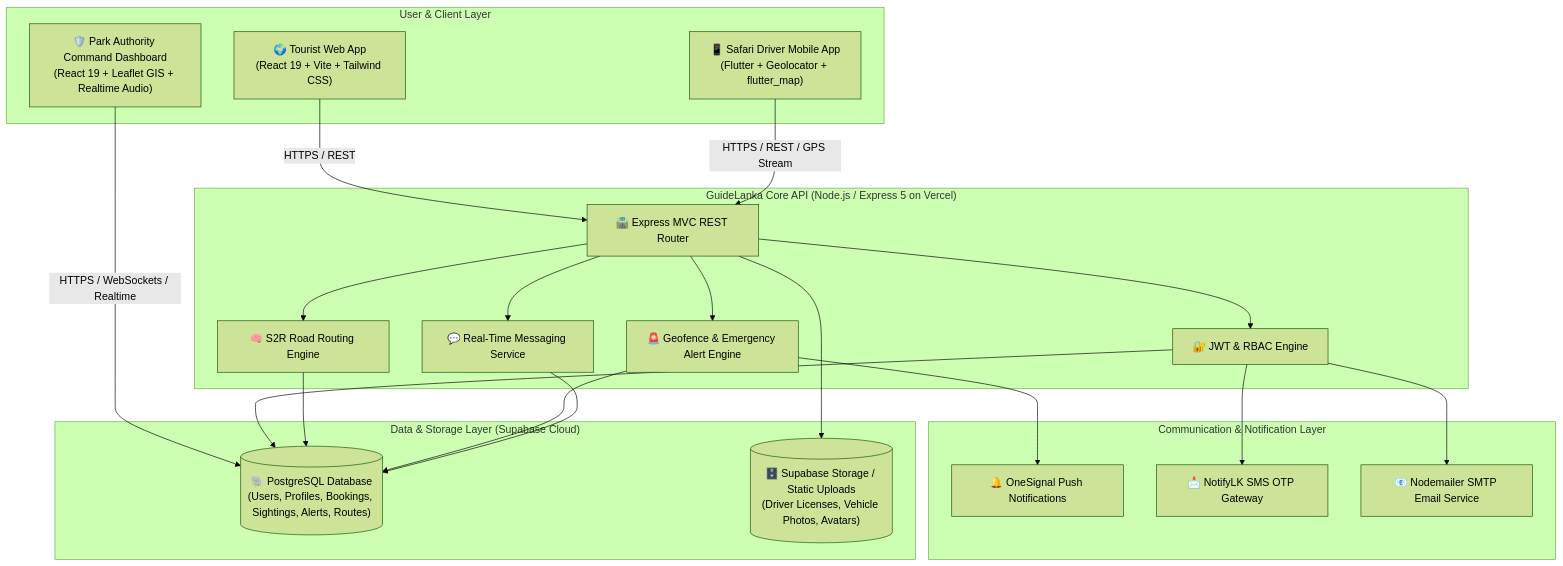
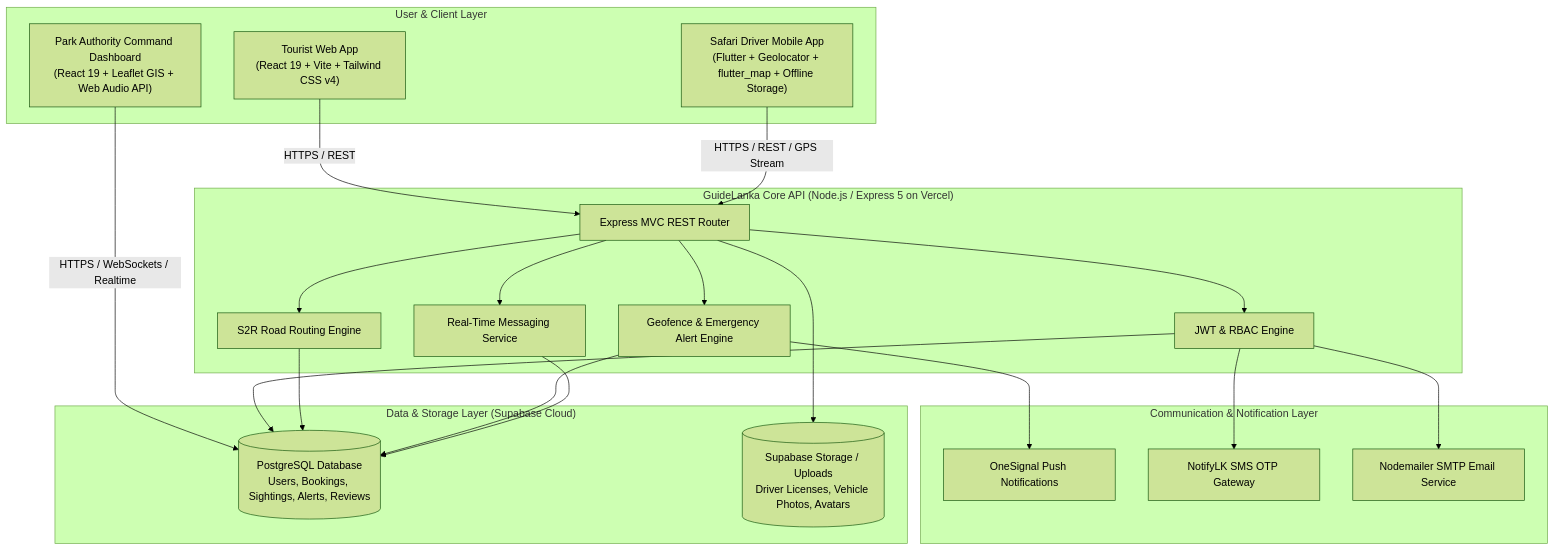
One commit to umindudinal/GuideLanka-New changed the diagram in README.md. Above: the diagram before and after it, drawn with Mermaid (forest theme). The commit also changed other lines of this file, not shown here.

Commit message:
docs: update README.md with comprehensive architecture and API reference

````diff
--- a/README.md
+++ b/README.md
@@ -45,46 +60,46 @@
 ```mermaid
 flowchart TD
     subgraph Clients["User & Client Layer"]
-        TouristApp["🌍 Tourist Web App<br/>(React 19 + Vite + Tailwind CSS)"]
-        AuthorityDash["🛡️ Park Authority Command Dashboard<br/>(React 19 + Leaflet GIS + Realtime Audio)"]
-        DriverApp["📱 Safari Driver Mobile App<br/>(Flutter + Geolocator + flutter_map)"]
+        TouristApp["Tourist Web App<br/>(React 19 + Vite + Tailwind CSS v4)"]
+        AuthorityDash["Park Authority Command Dashboard<br/>(React 19 + Leaflet GIS + Web Audio API)"]
+        DriverApp["Safari Driver Mobile App<br/>(Flutter + Geolocator + flutter_map + Offline Storage)"]
     end
 
     subgraph Gateways["Communication & Notification Layer"]
-        OneSignal["🔔 OneSignal Push Notifications"]
-        NotifyLK["📩 NotifyLK SMS OTP Gateway"]
-        NodeMailer["📧 Nodemailer SMTP Email Service"]
+        OneSignal["OneSignal Push Notifications"]
+        NotifyLK["NotifyLK SMS OTP Gateway"]
+        NodeMailer["Nodemailer SMTP Email Service"]
     end
 
     subgraph BackendCore["GuideLanka Core API (Node.js / Express 5 on Vercel)"]
-        Router["🛣️ Express MVC REST Router"]
-        AuthService["🔐 JWT & RBAC Engine"]
-        S2REngine["🧠 S2R Road Routing Engine"]
-        AlertEngine["🚨 Geofence & Emergency Alert Engine"]
-        ChatEngine["💬 Real-Time Messaging Service"]
+        Router["Express MVC REST Router"]
+        AuthService["JWT & RBAC Engine"]
+        S2REngine["S2R Road Routing Engine"]
+        AlertEngine["Geofence & Emergency Alert Engine"]
+        ChatEngine["Real-Time Messaging Service"]
     end
 
     subgraph DataStore["Data & Storage Layer (Supabase Cloud)"]
-        Postgres[("🐘 PostgreSQL Database<br/>(Users, Profiles, Bookings, Sightings, Alerts, Routes)")]
-        Storage[("🗄️ Supabase Storage / Static Uploads<br/>(Driver Licenses, Vehicle Photos, Avatars)")]
+        Postgres[("PostgreSQL Database<br/>Users, Bookings, Sightings, Alerts, Reviews")]
+        Storage[("Supabase Storage / Uploads<br/>Driver Licenses, Vehicle Photos, Avatars")]
     end
 
     TouristApp -->|HTTPS / REST| Router
     AuthorityDash -->|HTTPS / WebSockets / Realtime| Postgres
     DriverApp -->|HTTPS / REST / GPS Stream| Router
 
     Router --> AuthService
     Router --> S2REngine
     Router --> AlertEngine
     Router --> ChatEngine
 
     AuthService --> Postgres
     S2REngine --> Postgres
     AlertEngine --> Postgres
     ChatEngine --> Postgres
 
     AlertEngine --> OneSignal
     AuthService --> NotifyLK
     AuthService --> NodeMailer
     Router --> Storage
 ```
````
